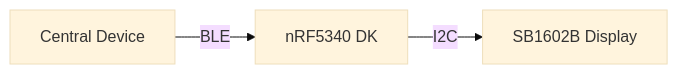
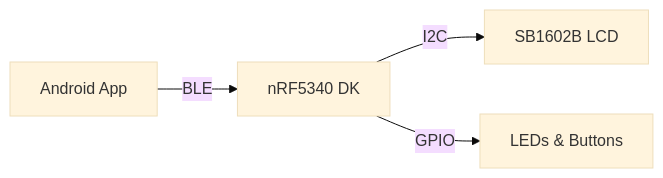
The diagram in README.md (hirokuma/ncs-recv-sb1602), drawn with Mermaid (base theme) before and after one commit. The commit also changed other lines of this file, not shown here.

````diff
--- a/README.md
+++ b/README.md
@@ -11,5 +11,6 @@
 ```mermaid
 graph LR
-    A[Central Device] -->|BLE| B[nRF5340 DK]
-    B -->|I2C| C[SB1602B Display]
+    A[Android App] -->|BLE| B[nRF5340 DK]
+    B -->|I2C| C[SB1602B LCD]
+    B -->|GPIO| D[LEDs & Buttons]
 ```
````
